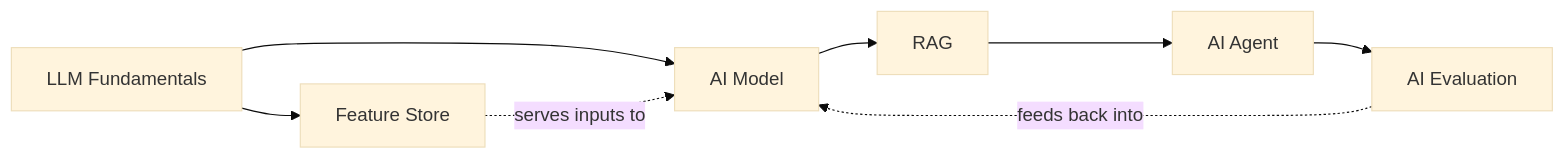
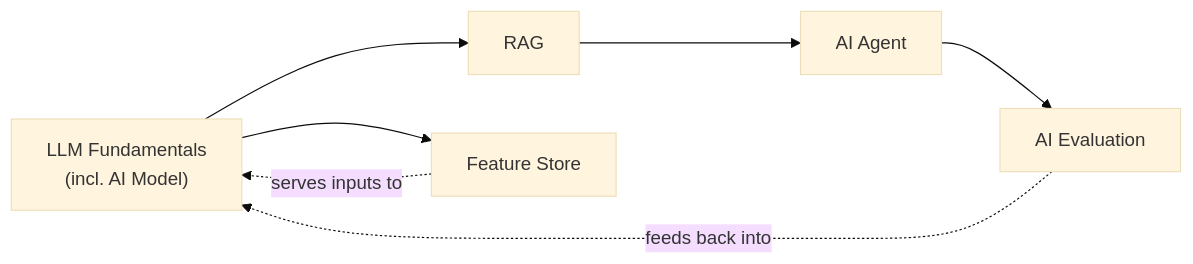
The diagram in ai-engineering/README.md (flynn3103/engineer-knowledge), drawn with Mermaid (base theme) before and after one commit. The commit also changed other lines of this file and 28 other files, not shown here.

First line of the commit message:
Move AI Model into LLM Fundamentals as a subtopic

````diff
--- a/ai-engineering/README.md
+++ b/ai-engineering/README.md
@@ -7,10 +7,9 @@
 ```mermaid
 flowchart LR
-    Fund["LLM Fundamentals"] --> Model["AI Model"]
-    Model --> Rag["RAG"]
+    Fund["LLM Fundamentals<br/>(incl. AI Model)"] --> Rag["RAG"]
     Rag --> Agent["AI Agent"]
     Agent --> Eval["AI Evaluation"]
-    Eval -.->|feeds back into| Model
+    Eval -.->|feeds back into| Fund
     Fund --> Store["Feature Store"]
-    Store -.->|serves inputs to| Model
+    Store -.->|serves inputs to| Fund
 ```
````
